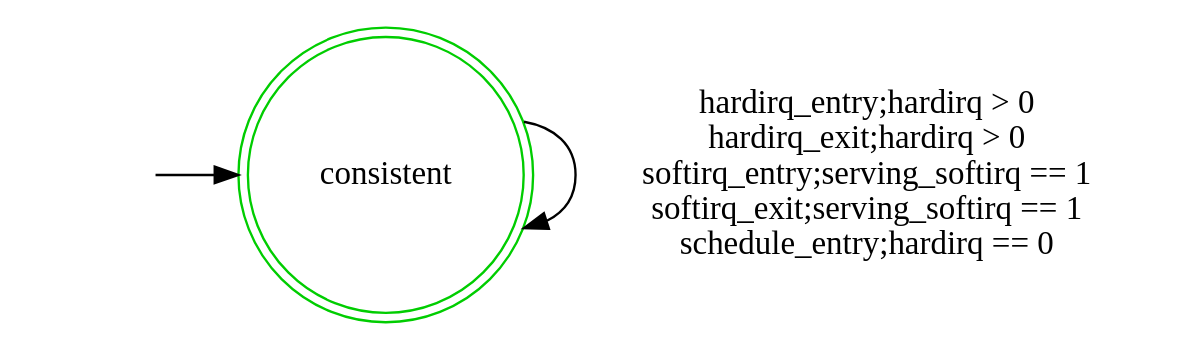
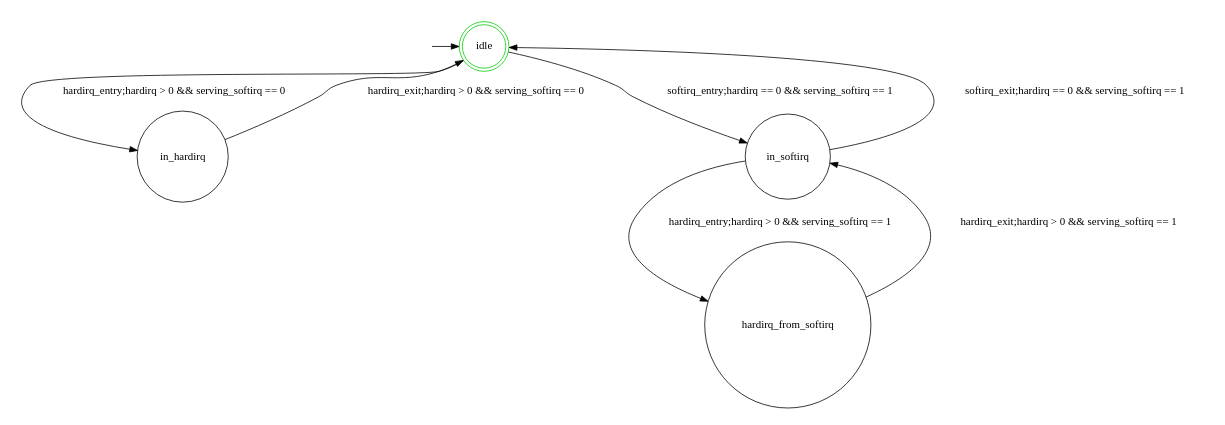
The diagram in tools/verification/models/irqentry/irqstate.dot (kmehltretter82/linux), drawn with Graphviz before and after one commit. The commit also changed 6 other files, not shown here.

```diff
--- a/tools/verification/models/irqentry/irqstate.dot
+++ b/tools/verification/models/irqentry/irqstate.dot
@@ -1,13 +1,24 @@
 digraph state_automaton {
 	center = true;
 	size = "7,11";
-	{node [shape = plaintext, style=invis, label=""] "__init_consistent"};
-	{node [shape = doublecircle] "consistent"};
-	"__init_consistent" -> "consistent";
-	"consistent" [label = "consistent", color = green3];
-	"consistent" -> "consistent" [ label = "hardirq_entry;hardirq > 0\nhardirq_exit;hardirq > 0\nsoftirq_entry;serving_softirq == 1\nsoftirq_exit;serving_softirq == 1\nschedule_entry;hardirq == 0" ];
+	{node [shape = plaintext, style=invis, label=""] "__init_idle"};
+	{node [shape = doublecircle] "idle"};
+	{node [shape = circle] "in_hardirq"};
+	{node [shape = circle] "in_softirq"};
+	{node [shape = circle] "hardirq_from_softirq"};
+	"__init_idle" -> "idle";
+	"idle" [label = "idle", color = green3];
+	"idle" -> "in_hardirq" [ label = "hardirq_entry;hardirq > 0 && serving_softirq == 0" ];
+	"idle" -> "in_softirq" [ label = "softirq_entry;hardirq == 0 && serving_softirq == 1" ];
+	"in_hardirq" [label = "in_hardirq"];
+	"in_hardirq" -> "idle" [ label = "hardirq_exit;hardirq > 0 && serving_softirq == 0" ];
+	"in_softirq" [label = "in_softirq"];
+	"in_softirq" -> "idle" [ label = "softirq_exit;hardirq == 0 && serving_softirq == 1" ];
+	"in_softirq" -> "hardirq_from_softirq" [ label = "hardirq_entry;hardirq > 0 && serving_softirq == 1" ];
+	"hardirq_from_softirq" [label = "hardirq_from_softirq"];
+	"hardirq_from_softirq" -> "in_softirq" [ label = "hardirq_exit;hardirq > 0 && serving_softirq == 1" ];
 	{ rank = min ;
-		"__init_consistent";
-		"consistent";
+		"__init_idle";
+		"idle";
 	}
 }
```
